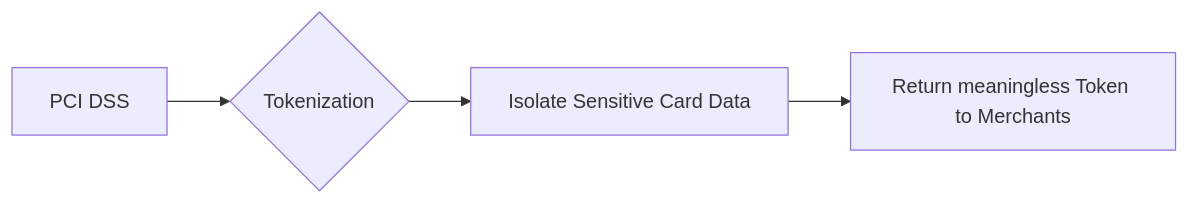
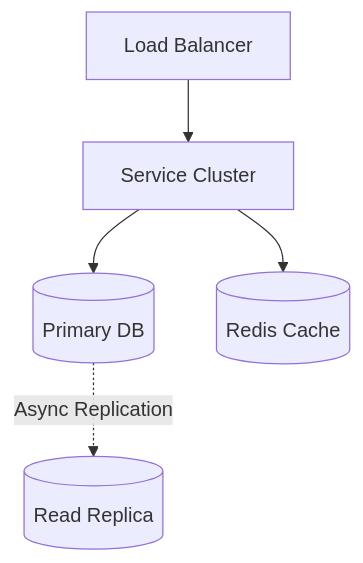
Before and after one commit to IshanDigra/HLD-Content: the second of 2 diagrams in 19-Interview_Question/08) Payment & Financial Systems/Easy/01_PaymentGateway/Problem.md, drawn with Mermaid. The commit also changed other lines of this file and 29 other files, not shown here.

First line of the commit message:
Address PR feedback: Add TOC, Diagrams, and BOE calculations

````diff
--- a/19-Interview_Question/08) Payment & Financial Systems/Easy/01_PaymentGateway/Problem.md
+++ b/19-Interview_Question/08) Payment & Financial Systems/Easy/01_PaymentGateway/Problem.md
@@ -132,6 +105,7 @@
 ```mermaid
-graph LR
-    A[PCI DSS] --> B{Tokenization}
-    B --> C[Isolate Sensitive Card Data]
-    C --> D[Return meaningless Token to Merchants]
+graph TD
+    A[Load Balancer] --> B[Service Cluster]
+    B --> C[(Primary DB)]
+    C -.->|Async Replication| D[(Read Replica)]
+    B --> E[(Redis Cache)]
 ```
````
